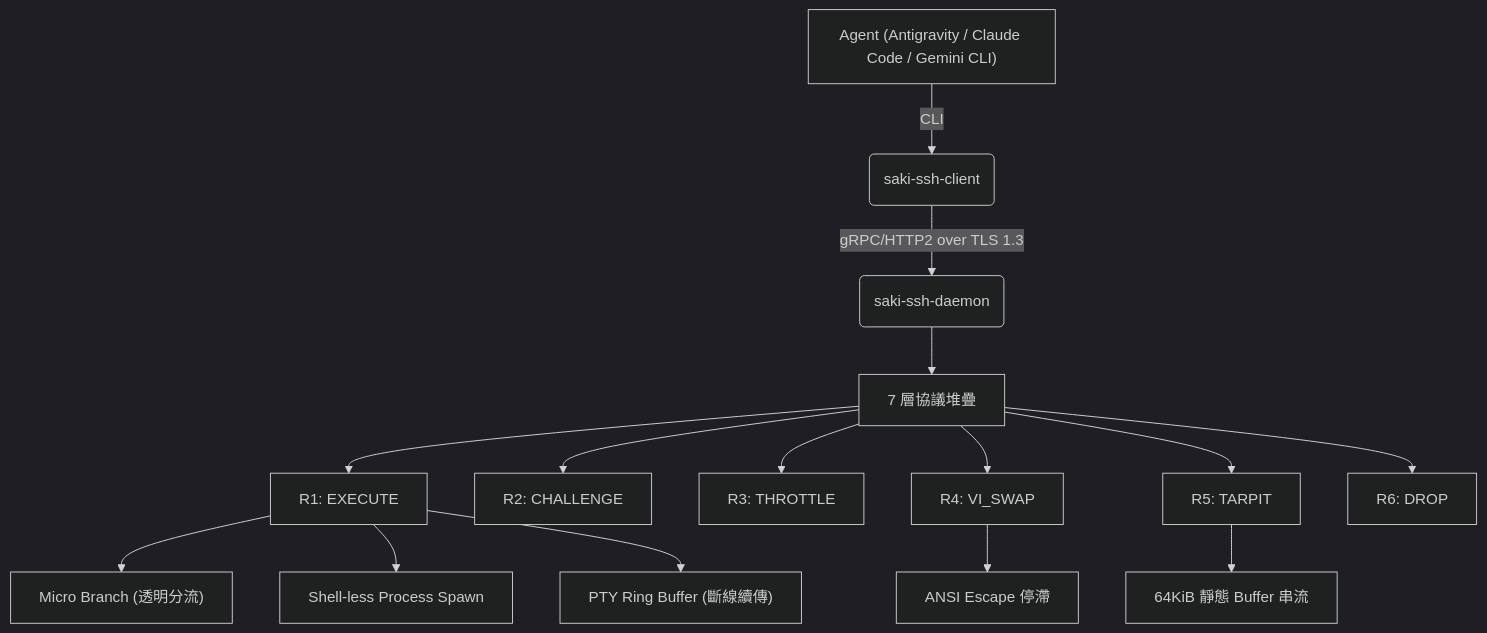
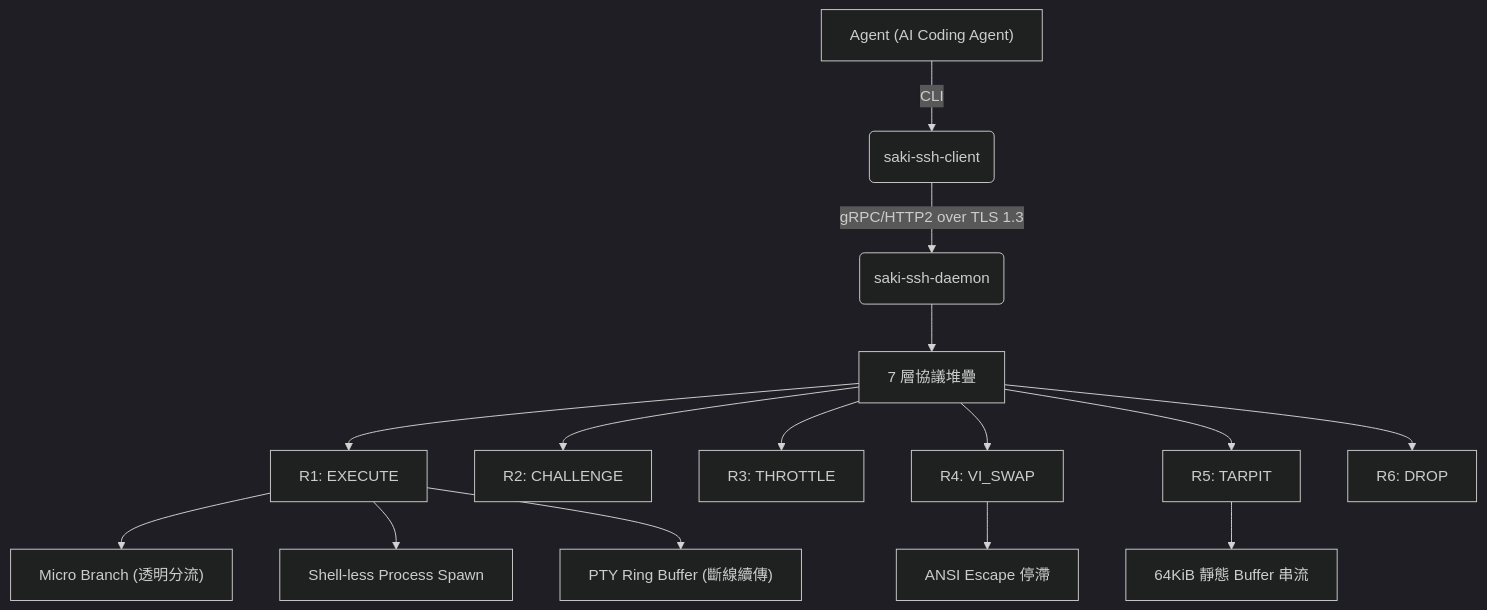
The first of 2 diagrams in ARCHITECTURE.md (Saki-tw/SakiSSH-Saki-Agent-Secure-Stream), drawn with Mermaid (dark theme) before and after one commit. The commit also changed other lines of this file and 90 other files, not shown here.

````diff
--- a/ARCHITECTURE.md
+++ b/ARCHITECTURE.md
@@ -33,20 +33,20 @@
 ```mermaid
 graph TD
-    A["Agent (Antigravity / Claude Code / Gemini CLI)"] -->|CLI| B(saki-ssh-client)
+    A["Agent (AI Coding Agent)"] -->|CLI| B(saki-ssh-client)
     B -->|"gRPC/HTTP2 over TLS 1.3"| C(saki-ssh-daemon)
     
     C --> D["7 層協議堆疊"]
     D --> R1["R1: EXECUTE"]
     D --> R2["R2: CHALLENGE"]
     D --> R3["R3: THROTTLE"]
     D --> R4["R4: VI_SWAP"]
     D --> R5["R5: TARPIT"]
     D --> R6["R6: DROP"]
     
     R1 --> E["Micro Branch (透明分流)"]
     R1 --> F["Shell-less Process Spawn"]
     R1 --> G["PTY Ring Buffer (斷線續傳)"]
     
     R5 --> H["64KiB 靜態 Buffer 串流"]
     R4 --> I["ANSI Escape 停滯"]
 ```
````
